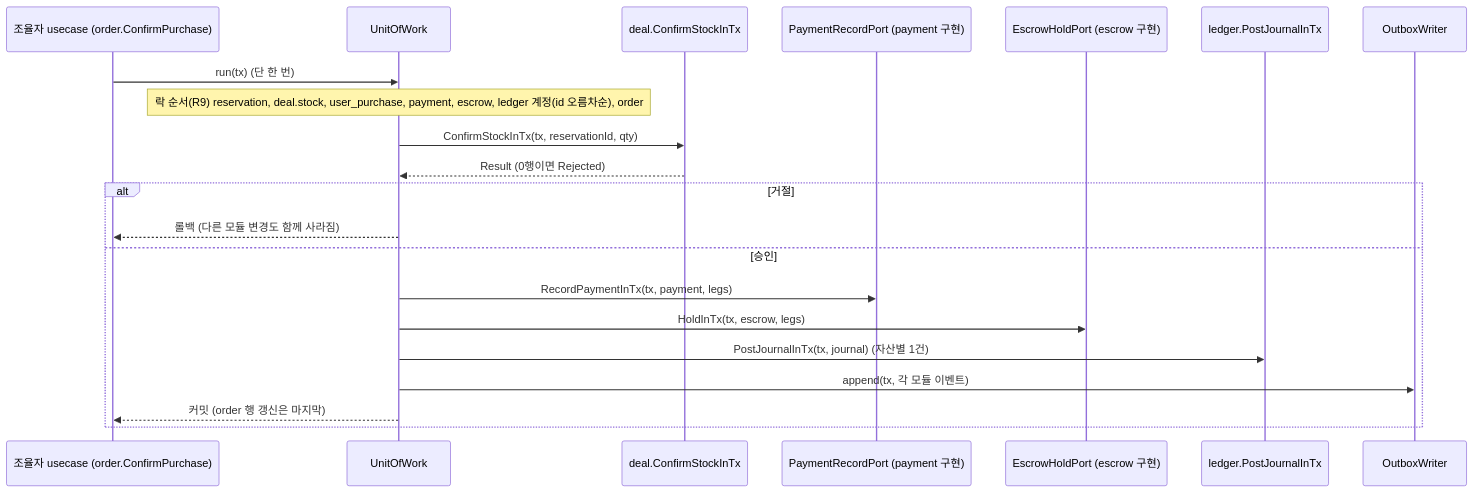
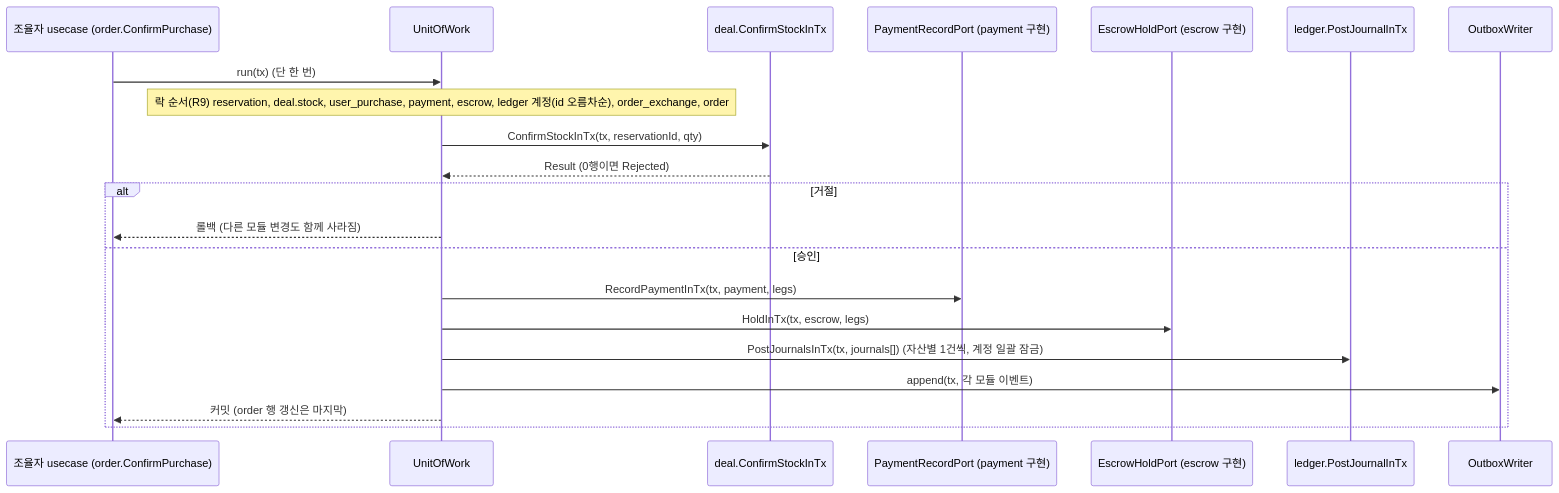
One commit to 1985jwlee/portpolio_backend changed the fourth of 11 diagrams in docs/design/phases/00-platform-evolution.md. Above: the diagram before and after it, drawn with Mermaid. The commit also changed other lines of this file and 33 other files, not shown here.

````diff
--- a/docs/design/phases/00-platform-evolution.md
+++ b/docs/design/phases/00-platform-evolution.md
@@ -320,23 +323,23 @@
 ```mermaid
 sequenceDiagram
     participant A as 조율자 usecase (order.ConfirmPurchase)
     participant U as UnitOfWork
     participant D as deal.ConfirmStockInTx
     participant P as PaymentRecordPort (payment 구현)
     participant E as EscrowHoldPort (escrow 구현)
     participant L as ledger.PostJournalInTx
     participant O as OutboxWriter
     A->>U: run(tx)  (단 한 번)
-    Note over U: 락 순서(R9) reservation, deal.stock, user_purchase, payment, escrow, ledger 계정(id 오름차순), order
+    Note over U: 락 순서(R9) reservation, deal.stock, user_purchase, payment, escrow, ledger 계정(id 오름차순), order_exchange, order
     U->>D: ConfirmStockInTx(tx, reservationId, qty)
     D-->>U: Result (0행이면 Rejected)
     alt 거절
         U-->>A: 롤백 (다른 모듈 변경도 함께 사라짐)
     else 승인
         U->>P: RecordPaymentInTx(tx, payment, legs)
         U->>E: HoldInTx(tx, escrow, legs)
-        U->>L: PostJournalInTx(tx, journal) (자산별 1건)
+        U->>L: PostJournalsInTx(tx, journals[]) (자산별 1건씩, 계정 일괄 잠금)
         U->>O: append(tx, 각 모듈 이벤트)
         U-->>A: 커밋 (order 행 갱신은 마지막)
     end
 ```
````
